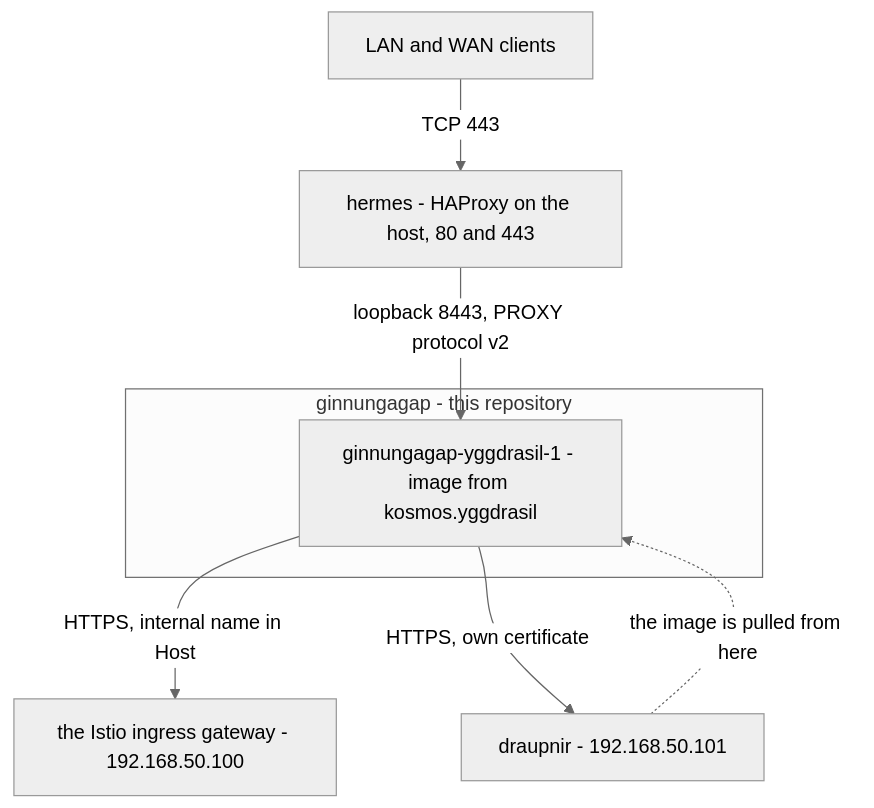
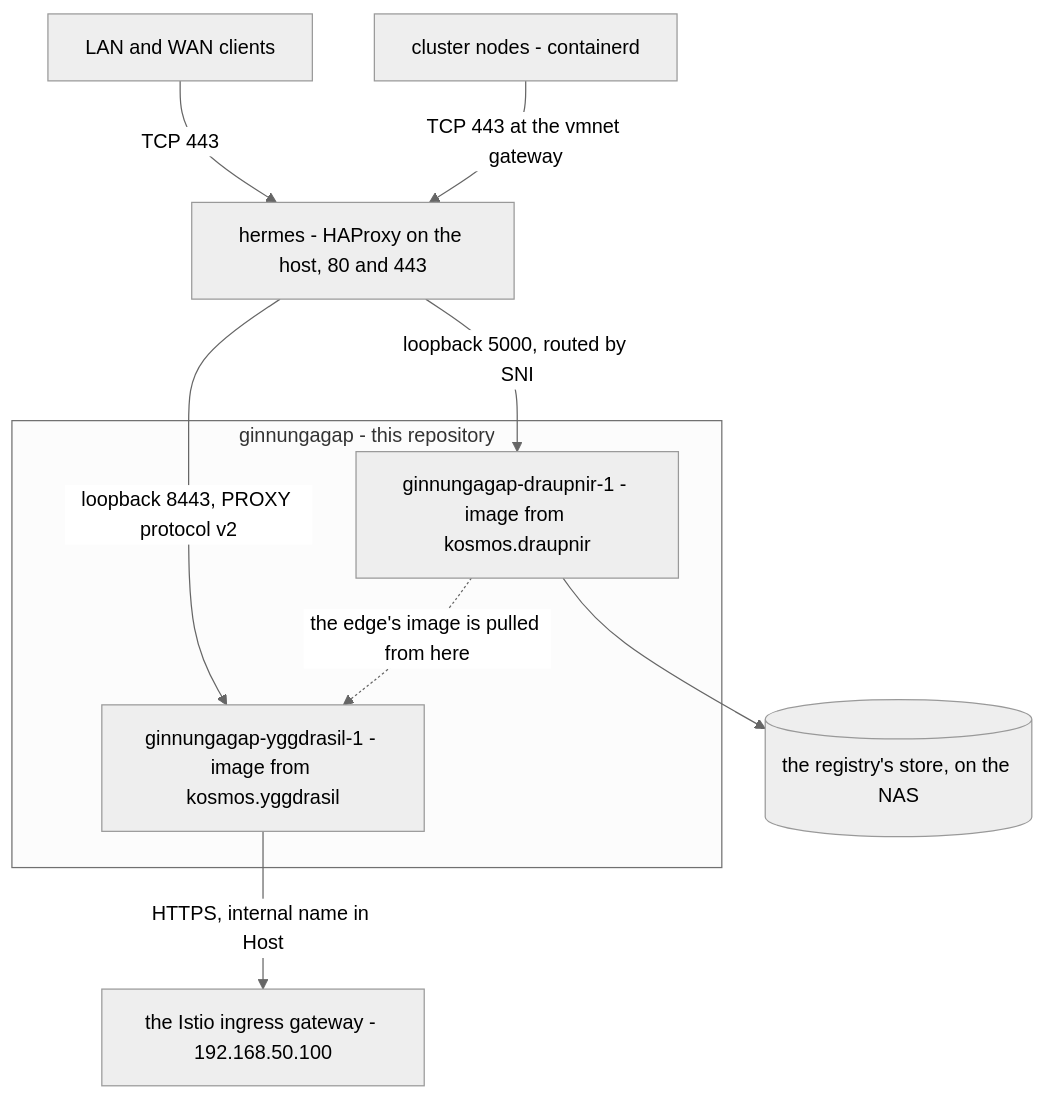
The diagram in README.md (canunu/kosmos.ginnungagap), drawn with Mermaid (neutral theme) before and after one commit. The commit also changed other lines of this file and 3 other files, not shown here.

````diff
--- a/README.md
+++ b/README.md
@@ -11,18 +11,23 @@
 ```mermaid
 graph TD
     CLIENT["LAN and WAN clients"]
     HERMES["hermes - HAProxy on the host, 80 and 443"]
 
+    NODES["cluster nodes - containerd"]
+
     subgraph GAP["ginnungagap - this repository"]
+        DRAUPNIR["ginnungagap-draupnir-1 - image from kosmos.draupnir"]
         YGG["ginnungagap-yggdrasil-1 - image from kosmos.yggdrasil"]
     end
 
     GATEWAY["the Istio ingress gateway - 192.168.50.100"]
-    DRAUPNIR["draupnir - 192.168.50.101"]
+    NAS[("the registry's store, on the NAS")]
 
     CLIENT -->|"TCP 443"| HERMES
+    NODES -->|"TCP 443 at the vmnet gateway"| HERMES
     HERMES -->|"loopback 8443, PROXY protocol v2"| YGG
+    HERMES -->|"loopback 5000, routed by SNI"| DRAUPNIR
     YGG -->|"HTTPS, internal name in Host"| GATEWAY
-    YGG -->|"HTTPS, own certificate"| DRAUPNIR
-    DRAUPNIR -.->|"the image is pulled from here"| YGG
+    DRAUPNIR --> NAS
+    DRAUPNIR -.->|"the edge's image is pulled from here"| YGG
 ```
````
